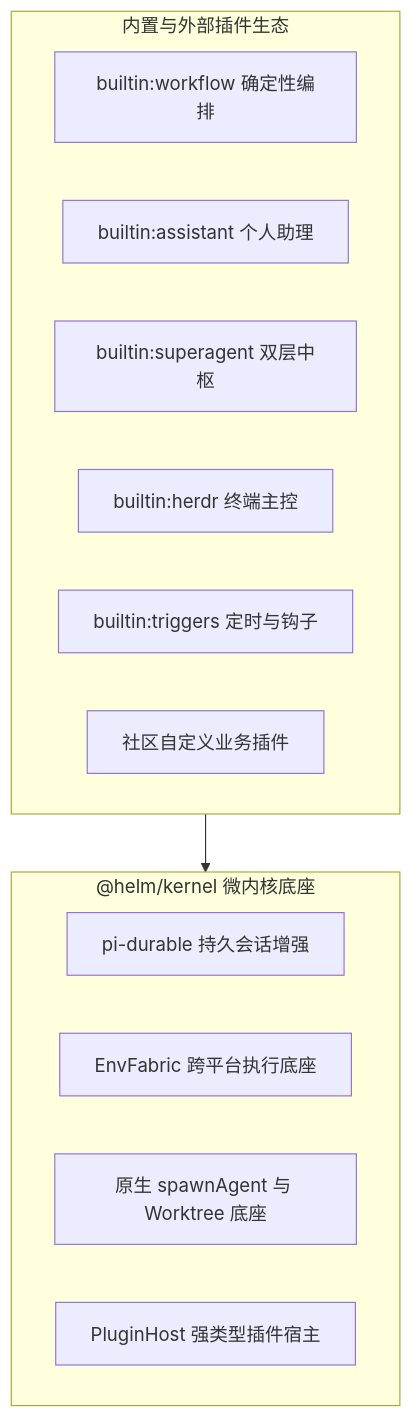
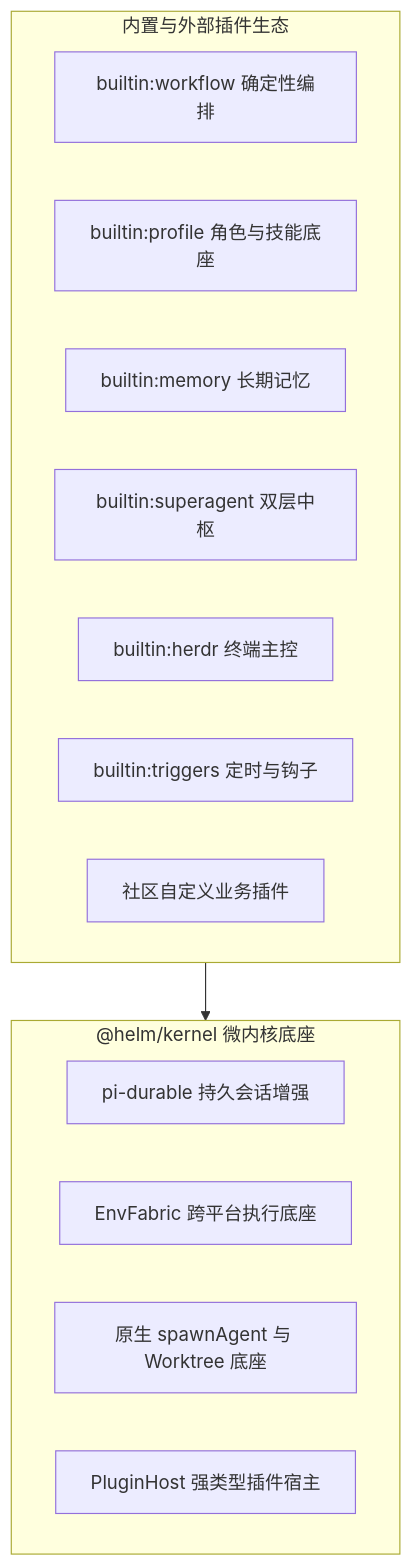
One commit to team4u/helm changed the first of 4 diagrams in docs/architecture/overview.md. Above: the diagram before and after it, drawn with Mermaid. The commit also changed 90 other files, not shown here.

````diff
--- a/docs/architecture/overview.md
+++ b/docs/architecture/overview.md
@@ -13,20 +13,21 @@
 ```mermaid
 flowchart TD
     subgraph Core["@helm/kernel 微内核底座"]
         Durable["pi-durable 持久会话增强"]
         Fabric["EnvFabric 跨平台执行底座"]
         Spawn["原生 spawnAgent 与 Worktree 底座"]
         Host["PluginHost 强类型插件宿主"]
     end
 
     subgraph Plugins["内置与外部插件生态"]
         Workflow["builtin:workflow 确定性编排"]
-        Assistant["builtin:assistant 个人助理"]
+        Profile["builtin:profile 角色与技能底座"]
+        Memory["builtin:memory 长期记忆"]
         Superagent["builtin:superagent 双层中枢"]
         Herdr["builtin:herdr 终端主控"]
         Triggers["builtin:triggers 定时与钩子"]
         Custom["社区自定义业务插件"]
     end
 
     Plugins --> Core
 ```
````
